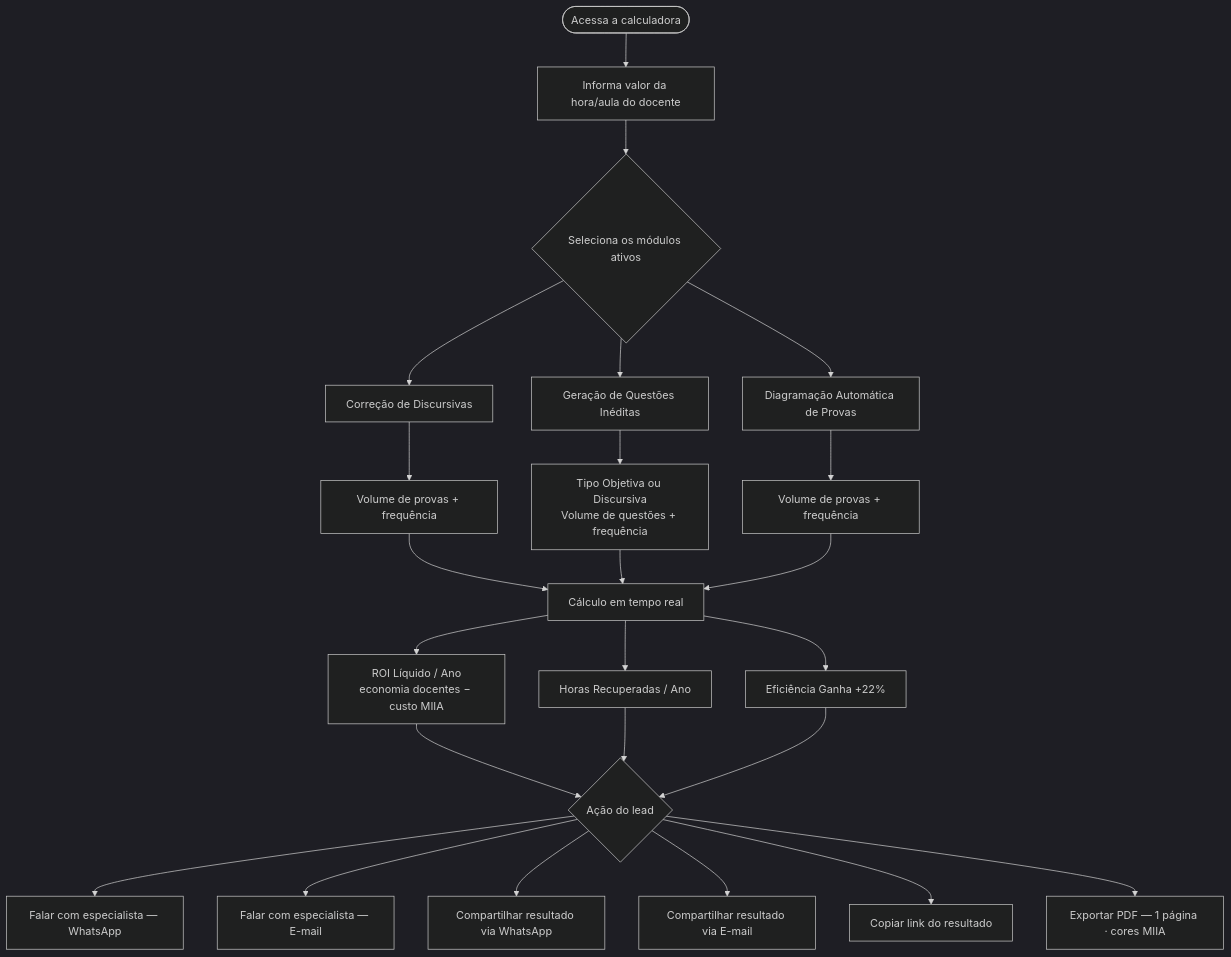
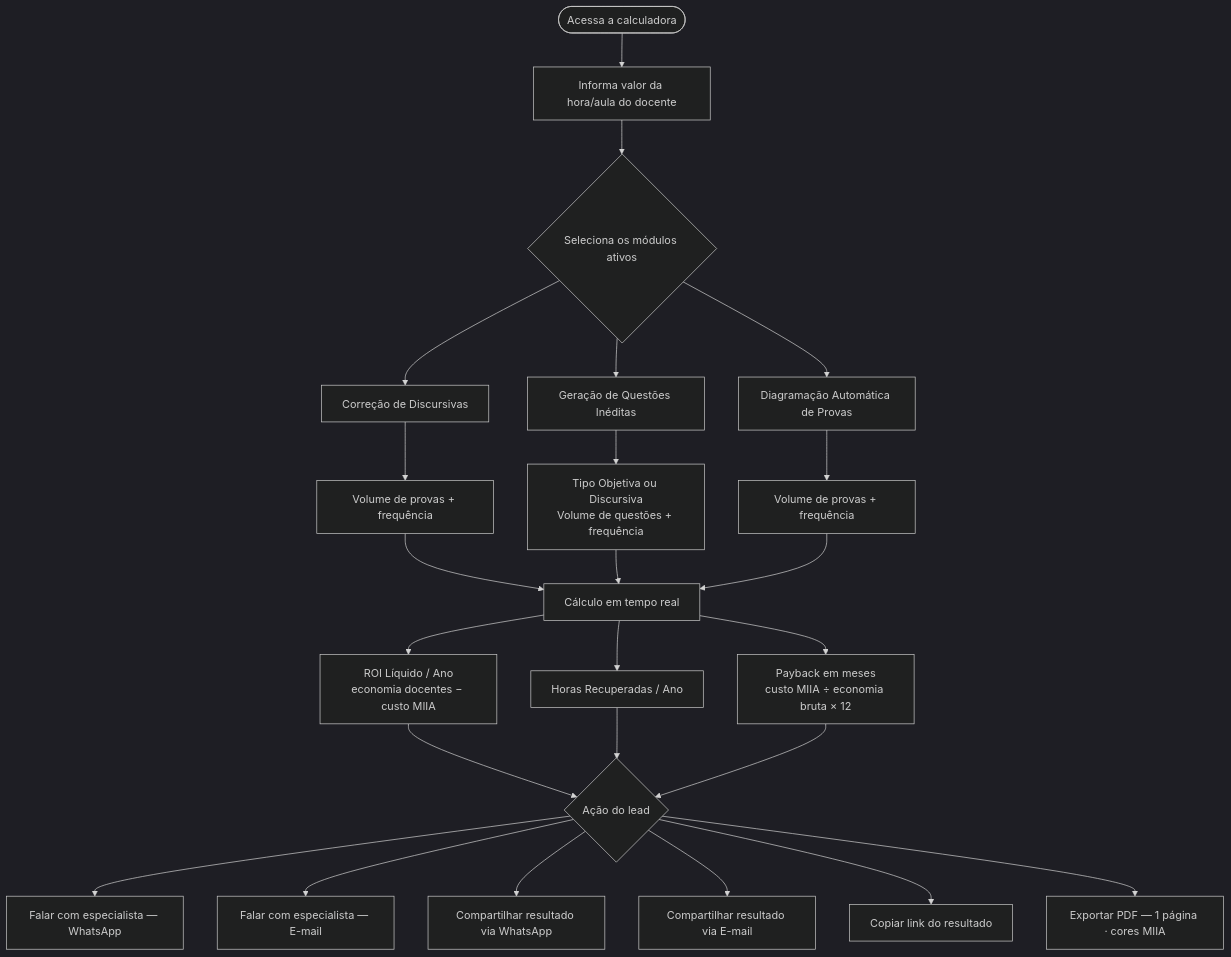
The first of 4 diagrams in README.md (Gustavo130803/calculadora-miia), drawn with Mermaid (dark theme) before and after one commit. The commit also changed other lines of this file, not shown here.

Commit message:
docs: atualiza README — substitui Eficiência Ganha por Payback

````diff
--- a/README.md
+++ b/README.md
@@ -11,28 +11,28 @@
 ```mermaid
 flowchart TD
     A([Acessa a calculadora]) --> B[Informa valor da hora/aula do docente]
     B --> C{Seleciona os módulos ativos}
 
     C --> D[Correção de Discursivas]
     C --> E[Geração de Questões Inéditas]
     C --> F[Diagramação Automática de Provas]
 
     D --> D1[Volume de provas + frequência]
     E --> E1[Tipo Objetiva ou Discursiva\nVolume de questões + frequência]
     F --> F1[Volume de provas + frequência]
 
     D1 & E1 & F1 --> G[Cálculo em tempo real]
 
     G --> H1[ROI Líquido / Ano\neconomia docentes − custo MIIA]
     G --> H2[Horas Recuperadas / Ano]
-    G --> H3[Eficiência Ganha +22%]
+    G --> H3[Payback em meses\ncusto MIIA ÷ economia bruta × 12]
 
     H1 & H2 & H3 --> I{Ação do lead}
 
     I --> J1[Falar com especialista — WhatsApp]
     I --> J2[Falar com especialista — E-mail]
     I --> J3[Compartilhar resultado via WhatsApp]
     I --> J4[Compartilhar resultado via E-mail]
     I --> J5[Copiar link do resultado]
     I --> J6[Exportar PDF — 1 página · cores MIIA]
 ```
````
